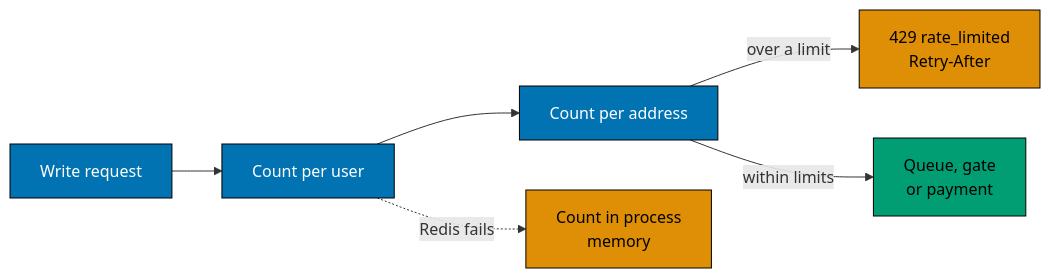
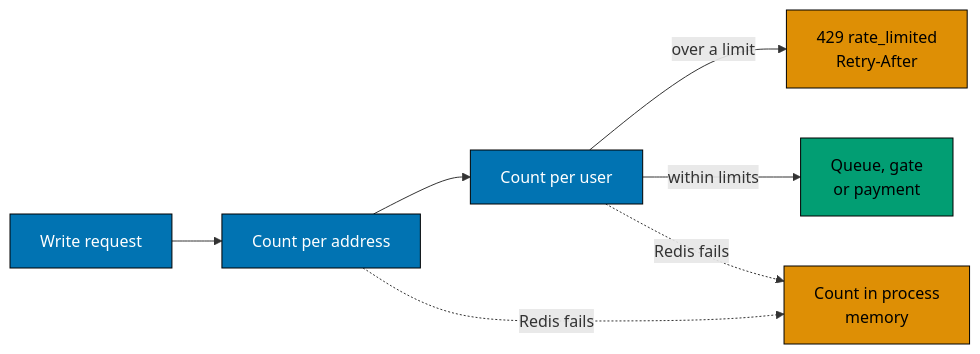
Before and after one commit to wahidyankf/coding-itv-js-flashsale: the diagram in docs/explanation/rate-limiting.md, drawn with Mermaid. The commit also changed other lines of this file and 30 other files, not shown here.

````diff
--- a/docs/explanation/rate-limiting.md
+++ b/docs/explanation/rate-limiting.md
@@ -27,23 +27,24 @@
 ```mermaid
 flowchart LR
   accTitle: How a write request is limited
-  accDescr: A write request is counted against the user and against the address. If either count is over its limit, the API answers 429 with Retry-After. Otherwise the request goes on to the queue, the gate or the payment. If Redis fails, the counts are kept in the memory of the process.
+  accDescr: A write request is counted against the address, then against the user when there is a login. If either count is over its limit, the API answers 429 with Retry-After. Otherwise the request goes on to the queue, the gate or the payment. If Redis fails, the counts are kept in the memory of the process.
   request["Write request"]
   user["Count per user"]
   address["Count per address"]
   refused["429 rate_limited<br/>Retry-After"]
   work["Queue, gate<br/>or payment"]
   memory["Count in process<br/>memory"]
-  request --> user
-  user --> address
-  address -->|over a limit| refused
-  address -->|within limits| work
+  request --> address
+  address --> user
+  user -->|over a limit| refused
+  user -->|within limits| work
+  address -.->|Redis fails| memory
   user -.->|Redis fails| memory
   classDef step fill:#0173B2,stroke:#000000,color:#FFFFFF
   classDef gate fill:#029E73,stroke:#000000,color:#000000
   classDef problem fill:#DE8F05,stroke:#000000,color:#000000
   classDef default fill:#808080,stroke:#000000,color:#000000
   class request,user,address step
   class work gate
   class refused,memory problem
 ```
````
